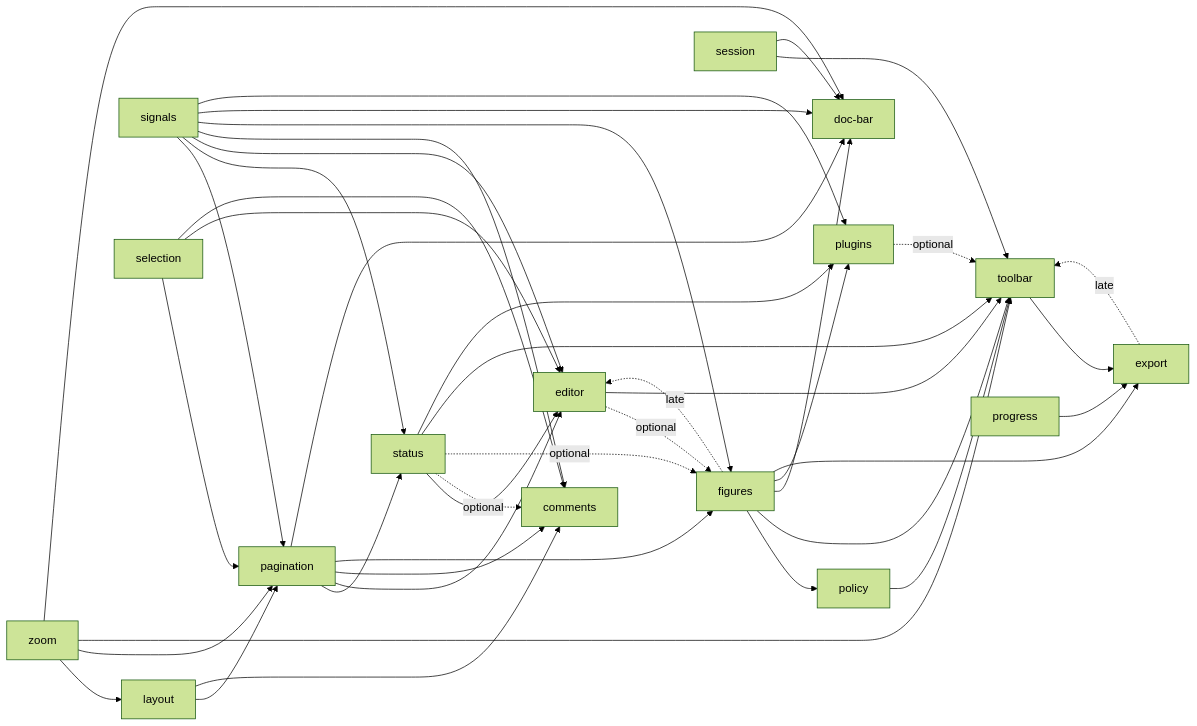
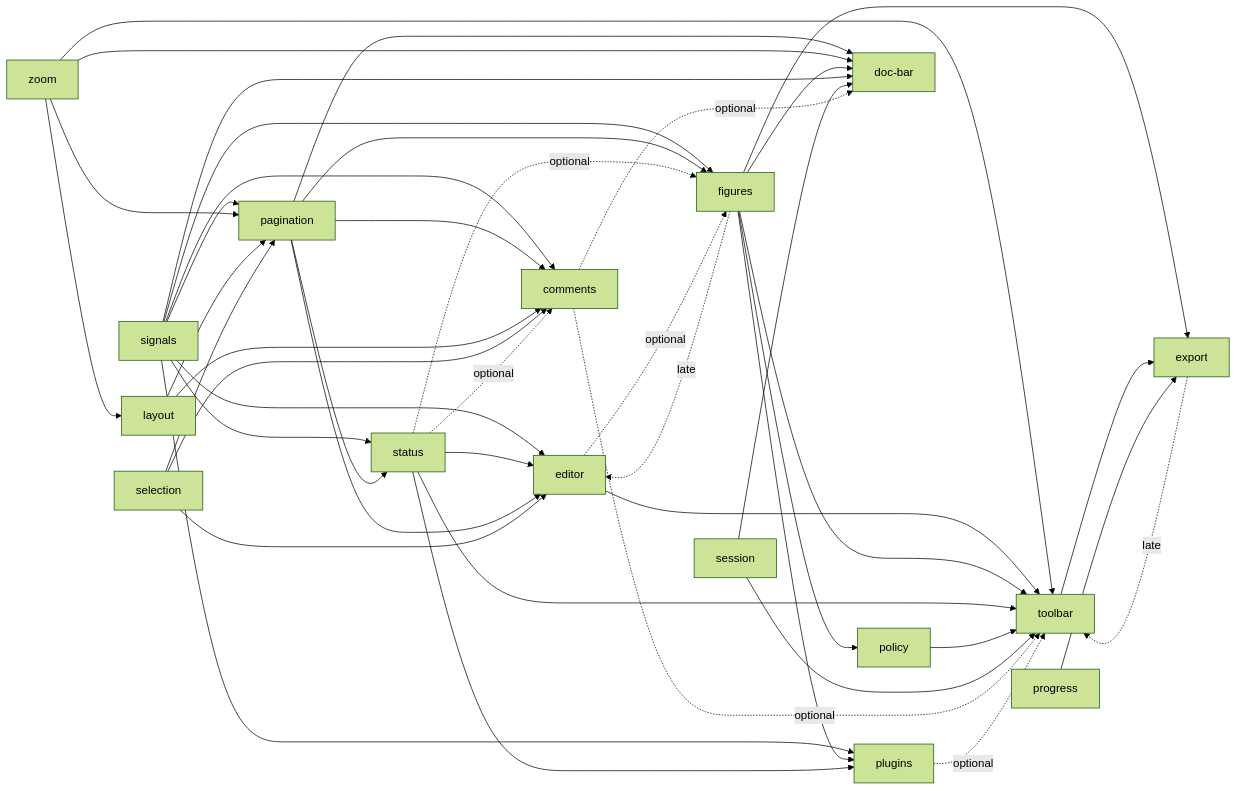
The diagram in DEPS.md (nakrasian/standalone-doc), drawn with Mermaid (forest theme) before and after one commit. The commit also changed other lines of this file and 38 other files, not shown here.

````diff
--- a/DEPS.md
+++ b/DEPS.md
@@ -31,44 +31,46 @@
 ```mermaid
 graph LR
   zoom --> layout
   signals --> pagination
   zoom --> pagination
   layout --> pagination
   selection --> pagination
   signals --> status
   pagination --> status
   signals --> editor
   status --> editor
   pagination --> editor
   selection --> editor
   figures -.->|late| editor
   signals --> comments
   pagination --> comments
   layout --> comments
   selection --> comments
   status -.->|optional| comments
   signals --> figures
   pagination --> figures
   status -.->|optional| figures
   editor -.->|optional| figures
   figures --> policy
   zoom --> toolbar
   editor --> toolbar
   figures --> toolbar
   status --> toolbar
   policy --> toolbar
   session --> toolbar
   export -.->|late| toolbar
+  comments -.->|optional| toolbar
   plugins -.->|optional| toolbar
   pagination --> doc-bar
   zoom --> doc-bar
   figures --> doc-bar
   signals --> doc-bar
   session --> doc-bar
+  comments -.->|optional| doc-bar
   signals --> plugins
   figures --> plugins
   status --> plugins
   figures --> export
   toolbar --> export
   progress --> export
 ```
````
